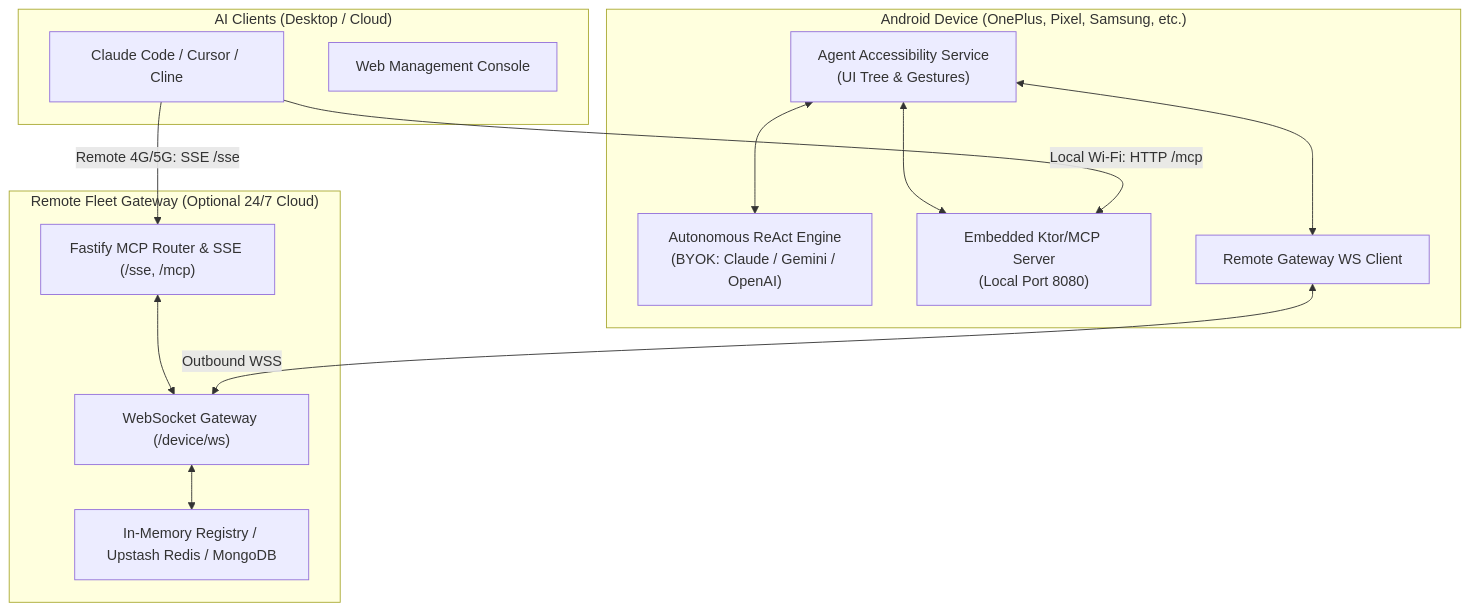
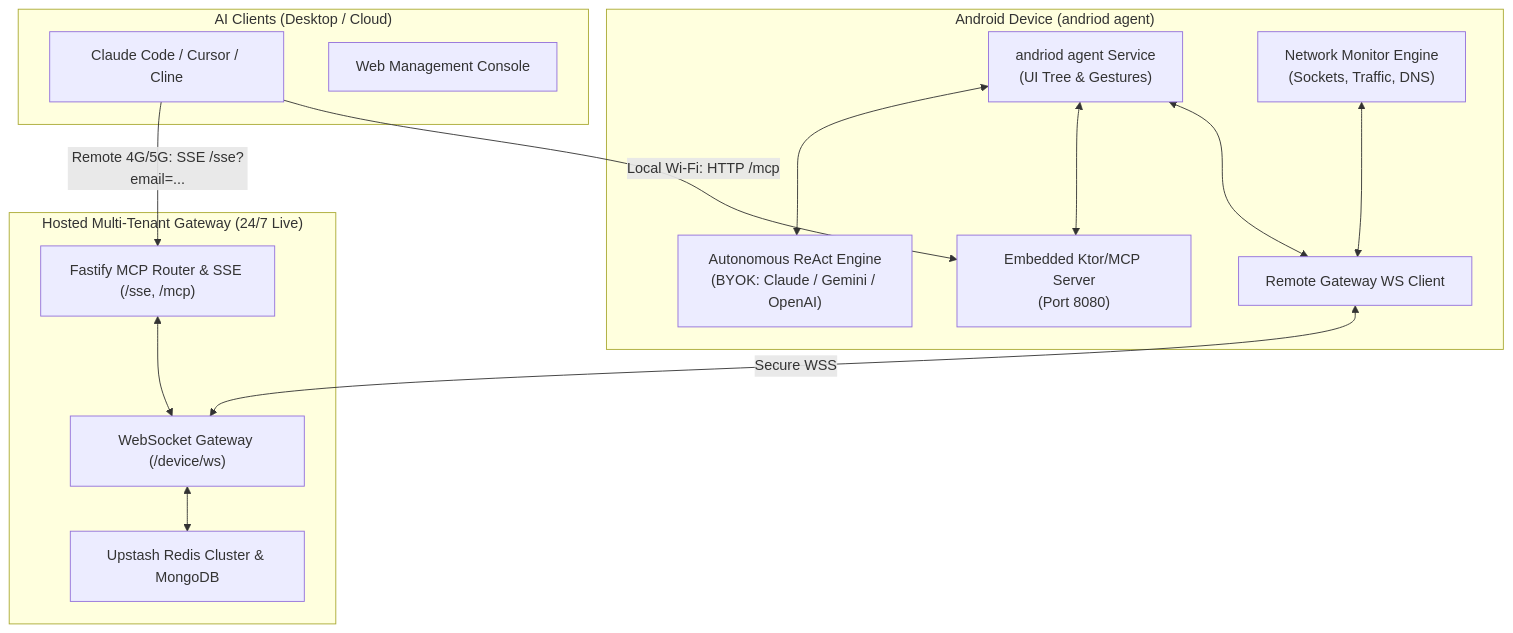
One commit to charantek1styearbtech/andriod-mcp changed the diagram in README.md. Above: the diagram before and after it, drawn with Mermaid. The commit also changed other lines of this file, not shown here.

Commit message:
docs: update README to feature hosted gateway and network monitor tools, remove deploy-to-render button

````diff
--- a/README.md
+++ b/README.md
@@ -25,30 +27,32 @@
 ```mermaid
 flowchart TD
     subgraph Client ["AI Clients (Desktop / Cloud)"]
         Claude["Claude Code / Cursor / Cline"]
         WebUI["Web Management Console"]
     end
 
-    subgraph Backend ["Remote Fleet Gateway (Optional 24/7 Cloud)"]
+    subgraph Backend ["Hosted Multi-Tenant Gateway (24/7 Live)"]
         Router["Fastify MCP Router & SSE (/sse, /mcp)"]
         WSGateway["WebSocket Gateway (/device/ws)"]
-        Memory["In-Memory Registry / Upstash Redis / MongoDB"]
+        Memory["Upstash Redis Cluster & MongoDB"]
         Router <--> WSGateway
         WSGateway <--> Memory
     end
 
-    subgraph Phone ["Android Device (OnePlus, Pixel, Samsung, etc.)"]
-        Accessibility["Agent Accessibility Service\n(UI Tree & Gestures)"]
+    subgraph Phone ["Android Device (andriod agent)"]
+        Accessibility["andriod agent Service\n(UI Tree & Gestures)"]
         ReActAgent["Autonomous ReAct Engine\n(BYOK: Claude / Gemini / OpenAI)"]
-        LocalServer["Embedded Ktor/MCP Server\n(Local Port 8080)"]
+        NetMonitor["Network Monitor Engine\n(Sockets, Traffic, DNS)"]
+        LocalServer["Embedded Ktor/MCP Server\n(Port 8080)"]
         GatewayClient["Remote Gateway WS Client"]
         
         Accessibility <--> ReActAgent
         Accessibility <--> LocalServer
         Accessibility <--> GatewayClient
+        NetMonitor <--> GatewayClient
     end
 
+    Claude -->|Remote 4G/5G: SSE /sse?email=...| Router
     Claude -->|Local Wi-Fi: HTTP /mcp| LocalServer
-    Claude -->|Remote 4G/5G: SSE /sse| Router
-    GatewayClient <-->|Outbound WSS| WSGateway
+    GatewayClient <-->|Secure WSS| WSGateway
 ```
````
